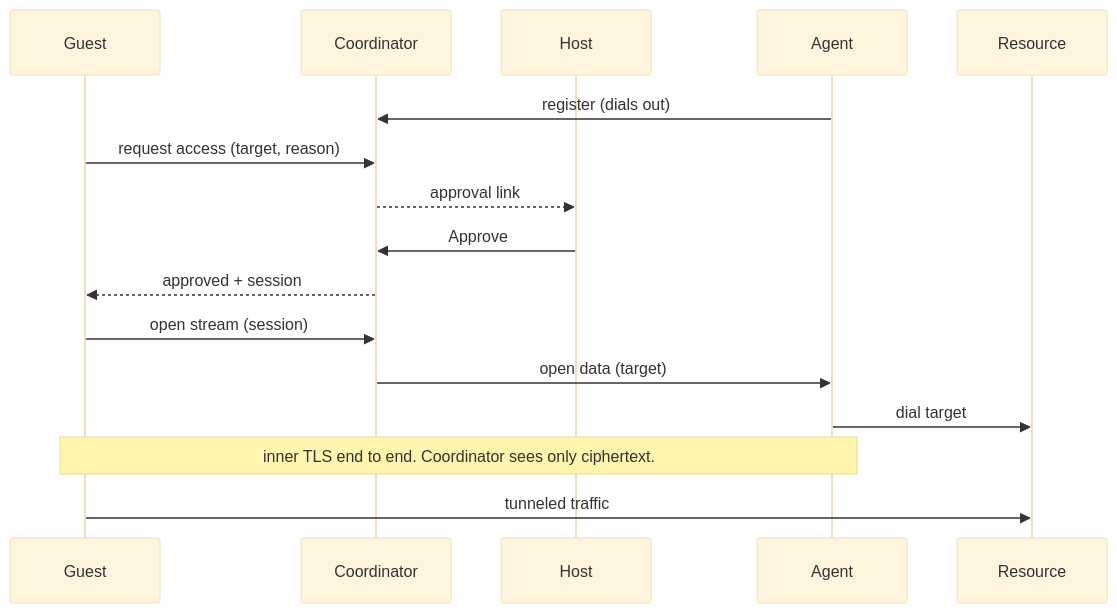
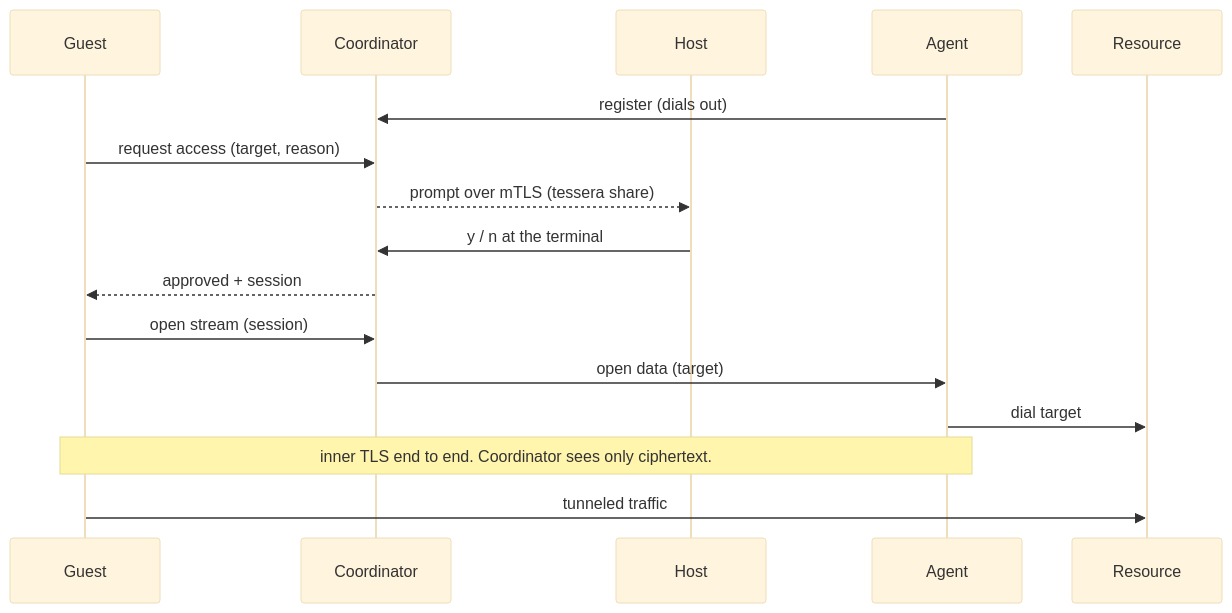
One commit to emmayusufu/tessera changed the second of 2 diagrams in README.md. Above: the diagram before and after it, drawn with Mermaid (base theme). The commit also changed other lines of this file and 8 other files, not shown here.

First line of the commit message:
Remove the web approval page; CLI prompt is the only approval path

````diff
--- a/README.md
+++ b/README.md
@@ -79,19 +80,19 @@
 ```mermaid
 sequenceDiagram
     participant G as Guest
     participant K as Coordinator
     participant H as Host
     participant A as Agent
     participant R as Resource
 
     A->>K: register (dials out)
     G->>K: request access (target, reason)
-    K-->>H: approval link
-    H->>K: Approve
+    K-->>H: prompt over mTLS (tessera share)
+    H->>K: y / n at the terminal
     K-->>G: approved + session
     G->>K: open stream (session)
     K->>A: open data (target)
     A->>R: dial target
     Note over G,A: inner TLS end to end. Coordinator sees only ciphertext.
     G->>R: tunneled traffic
 ```
````
